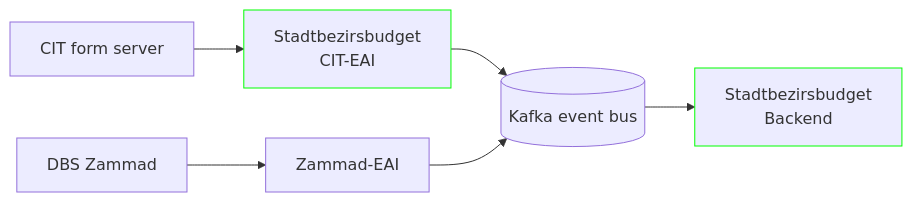
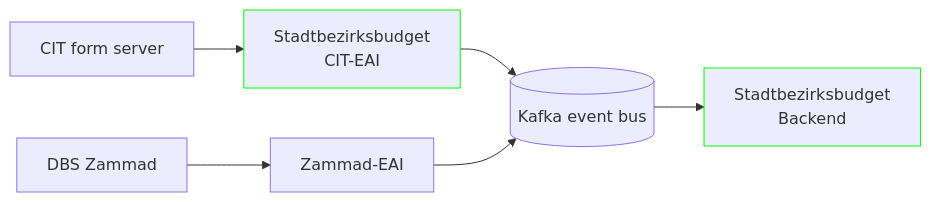
The diagram in docs/src/features/reliable-communication.md (it-at-m/stadtbezirksbudget), drawn with Mermaid before and after one commit.

Commit message:
:memo: Fix typo

````diff
--- a/docs/src/features/reliable-communication.md
+++ b/docs/src/features/reliable-communication.md
@@ -12,15 +12,15 @@
 ```mermaid
 flowchart LR
     classDef project stroke: #0f0
     cit[CIT form server]
-    citEai[Stadtbezirsbudget\nCIT-EAI]
+    citEai[Stadtbezirksbudget\nCIT-EAI]
     dbs[DBS Zammad]
     dbsEai[Zammad-EAI]
-    sbb[Stadtbezirsbudget\nBackend]
+    sbb[Stadtbezirksbudget\nBackend]
     kafka[(Kafka event bus)]
     cit --> citEai:::project
     citEai:::project --> kafka
     dbs --> dbsEai
     dbsEai --> kafka
     kafka --> sbb:::project
 ```
````
